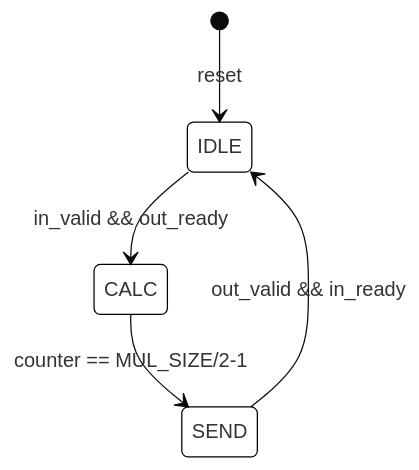
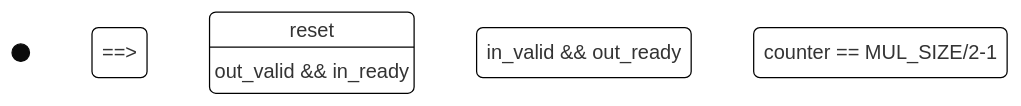
One commit to EsaLongs/EESM6000C_CL changed the diagram in Lab_3/Booth4_multiplier/README.md. Above: the diagram before and after it, drawn with Mermaid.

````diff
--- a/Lab_3/Booth4_multiplier/README.md
+++ b/Lab_3/Booth4_multiplier/README.md
@@ -10,19 +10,19 @@
 ```mermaid
 
 %%{
   init: {
     'theme': 'base',
     'themeVariables': {
       'primaryColor': 'transparent',
       'primaryBorderColor': '#000000',
       'fontFamily': 'Times New Roman'
     }
   }
 }%%
 
 stateDiagram-v2
-    [*] --> IDLE : reset
-    IDLE --> CALC : in_valid && out_ready
-    CALC --> SEND : counter == MUL_SIZE/2-1
-    SEND --> IDLE : out_valid && in_ready
+    [*] ==> IDLE : reset
+    IDLE ==> CALC : in_valid && out_ready
+    CALC ==> SEND : counter == MUL_SIZE/2-1
+    SEND ==> IDLE : out_valid && in_ready
 ```
````
